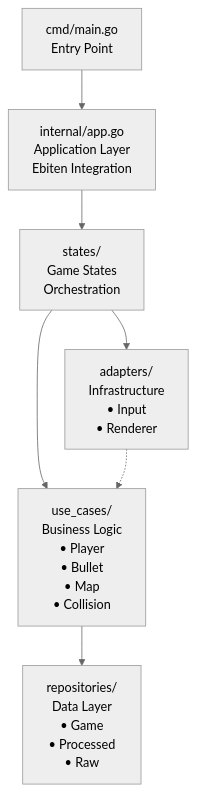
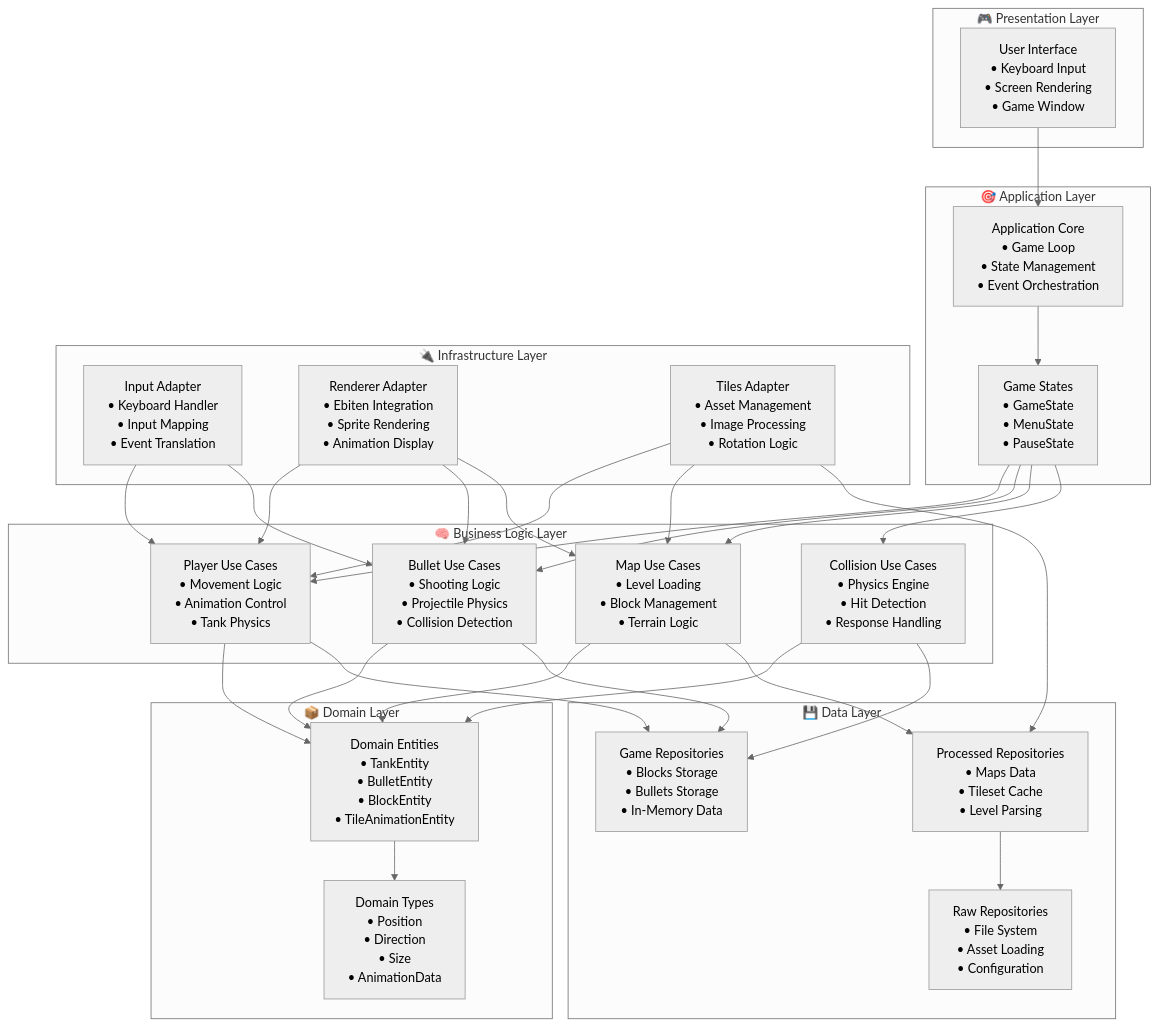
The diagram in README.md (shpaker/tnk9x), drawn with Mermaid (neutral theme) before and after one commit. The commit also changed other lines of this file and 24 other files, not shown here.

````diff
--- a/README.md
+++ b/README.md
@@ -85,18 +98,66 @@
 ```mermaid
 graph TB
-    Entry[cmd/main.go<br/>Entry Point]
-    App[internal/app.go<br/>Application Layer<br/>Ebiten Integration]
-    States[states/<br/>Game States<br/>Orchestration]
+    subgraph "🎮 Presentation Layer"
+        UI[User Interface<br/>• Keyboard Input<br/>• Screen Rendering<br/>• Game Window]
+    end
     
-    UseCases[use_cases/<br/>Business Logic<br/>• Player<br/>• Bullet<br/>• Map<br/>• Collision]
-    Adapters[adapters/<br/>Infrastructure<br/>• Input<br/>• Renderer]
+    subgraph "🎯 Application Layer"
+        App[Application Core<br/>• Game Loop<br/>• State Management<br/>• Event Orchestration]
+        States[Game States<br/>• GameState<br/>• MenuState<br/>• PauseState]
+    end
     
-    Repos[repositories/<br/>Data Layer<br/>• Game<br/>• Processed<br/>• Raw]
+    subgraph "🧠 Business Logic Layer"
+        PlayerUC[Player Use Cases<br/>• Movement Logic<br/>• Animation Control<br/>• Tank Physics]
+        BulletUC[Bullet Use Cases<br/>• Shooting Logic<br/>• Projectile Physics<br/>• Collision Detection]
+        MapUC[Map Use Cases<br/>• Level Loading<br/>• Block Management<br/>• Terrain Logic]
+        CollisionUC[Collision Use Cases<br/>• Physics Engine<br/>• Hit Detection<br/>• Response Handling]
+    end
     
-    Entry --> App
+    subgraph "🔌 Infrastructure Layer"
+        InputAdapter[Input Adapter<br/>• Keyboard Handler<br/>• Input Mapping<br/>• Event Translation]
+        RenderAdapter[Renderer Adapter<br/>• Ebiten Integration<br/>• Sprite Rendering<br/>• Animation Display]
+        TilesAdapter[Tiles Adapter<br/>• Asset Management<br/>• Image Processing<br/>• Rotation Logic]
+    end
+    
+    subgraph "💾 Data Layer"
+        GameRepos[Game Repositories<br/>• Blocks Storage<br/>• Bullets Storage<br/>• In-Memory Data]
+        ProcessedRepos[Processed Repositories<br/>• Maps Data<br/>• Tileset Cache<br/>• Level Parsing]
+        RawRepos[Raw Repositories<br/>• File System<br/>• Asset Loading<br/>• Configuration]
+    end
+    
+    subgraph "📦 Domain Layer"
+        Entities[Domain Entities<br/>• TankEntity<br/>• BulletEntity<br/>• BlockEntity<br/>• TileAnimationEntity]
+        Types[Domain Types<br/>• Position<br/>• Direction<br/>• Size<br/>• AnimationData]
+    end
+    
+    %% Connections
+    UI --> App
     App --> States
-    States --> UseCases
-    States --> Adapters
-    Adapters -.-> UseCases
-    UseCases --> Repos
+    States --> PlayerUC
+    States --> BulletUC
+    States --> MapUC
+    States --> CollisionUC
+    
+    PlayerUC --> Entities
+    BulletUC --> Entities
+    MapUC --> Entities
+    CollisionUC --> Entities
+    
+    InputAdapter --> PlayerUC
+    InputAdapter --> BulletUC
+    RenderAdapter --> PlayerUC
+    RenderAdapter --> BulletUC
+    RenderAdapter --> MapUC
+    TilesAdapter --> PlayerUC
+    TilesAdapter --> MapUC
+    
+    PlayerUC --> GameRepos
+    BulletUC --> GameRepos
+    MapUC --> ProcessedRepos
+    CollisionUC --> GameRepos
+    
+    ProcessedRepos --> RawRepos
+    TilesAdapter --> ProcessedRepos
+    
+    Entities --> Types
 ```
````
